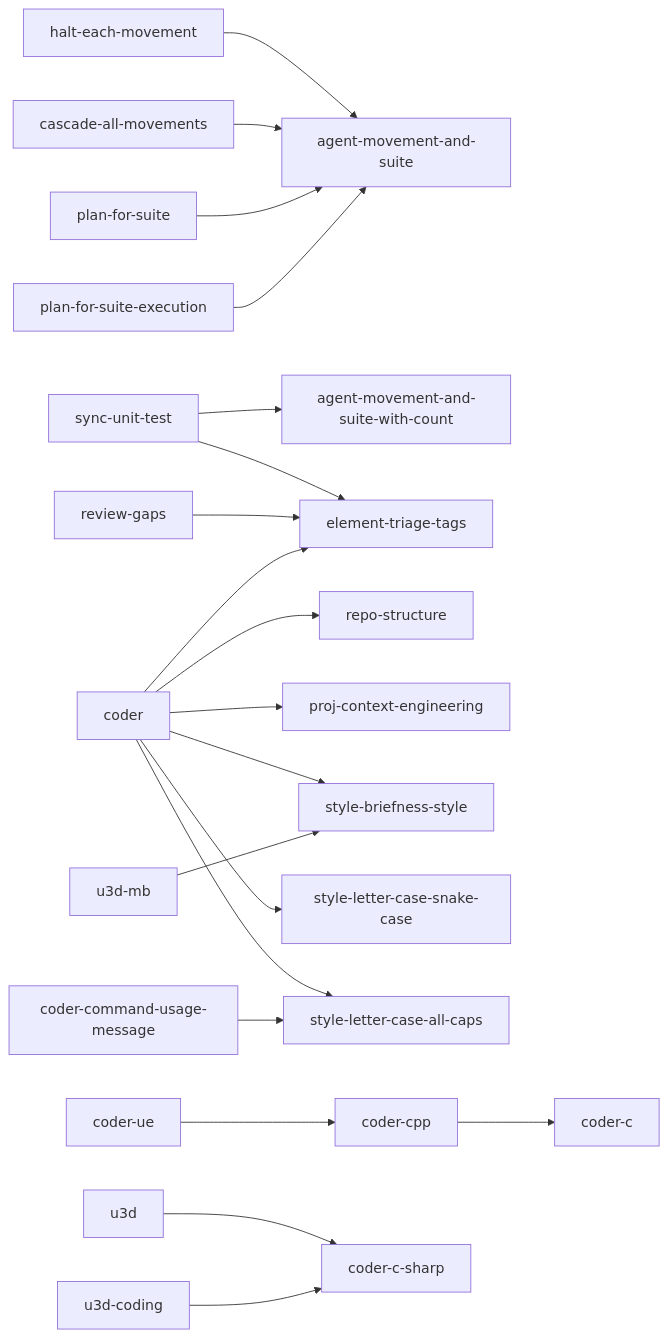
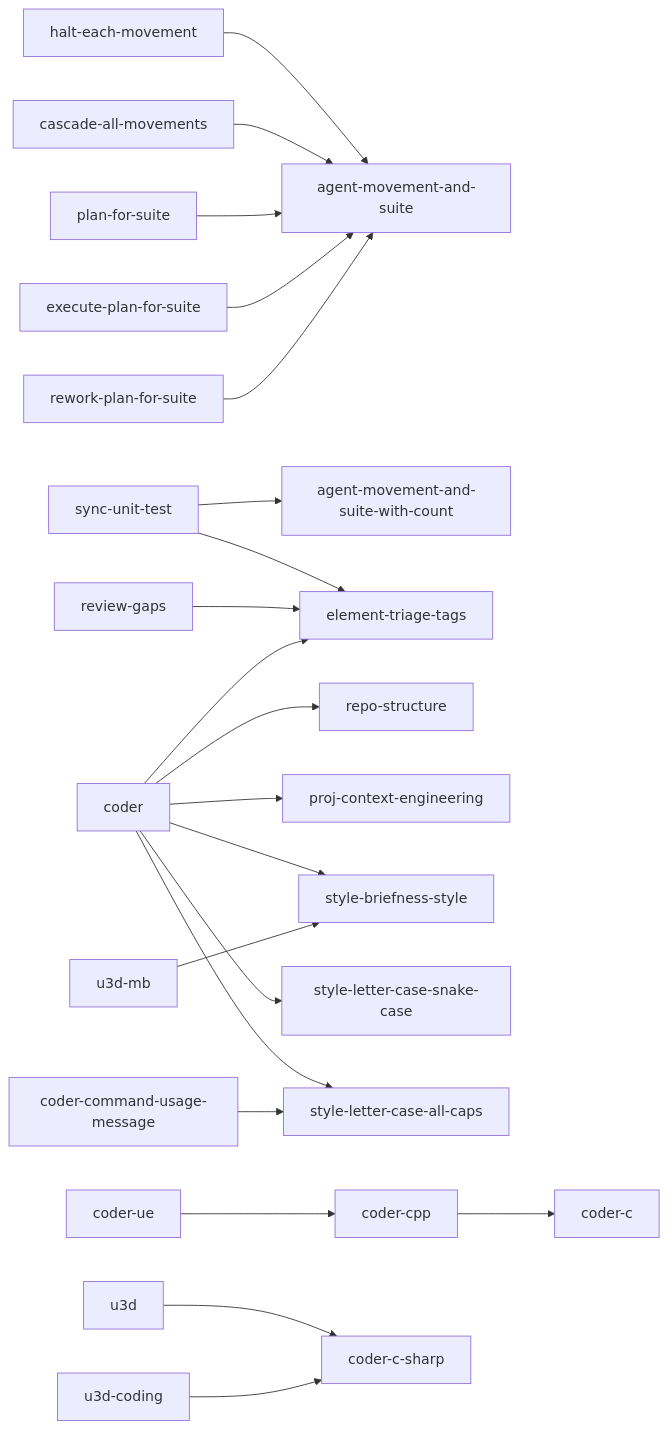
The first of 7 diagrams in docs/blueprint-doc.md (kami-lel/kaye-library), drawn with Mermaid before and after one commit. The commit also changed other lines of this file and 1 other file, not shown here.

Commit message:
update blueprint graphs, context for execute and rework skills
📖`blueprint-doc.md` rename execute node, add rework node and edge
🤖`CONTEXT.md` name Execution, Rework sections in Coder row

````diff
--- a/docs/blueprint-doc.md
+++ b/docs/blueprint-doc.md
@@ -11,22 +11,23 @@
 ```mermaid
 flowchart LR
     halt_each_movement["halt-each-movement"] --> agent_movement_and_suite["agent-movement-and-suite"]
     cascade_all_movements["cascade-all-movements"] --> agent_movement_and_suite
     plan_for_suite["plan-for-suite"] --> agent_movement_and_suite
-    plan_for_suite_execution["plan-for-suite-execution"] --> agent_movement_and_suite
+    execute_plan_for_suite["execute-plan-for-suite"] --> agent_movement_and_suite
+    rework_plan_for_suite["rework-plan-for-suite"] --> agent_movement_and_suite
     sync_unit_test["sync-unit-test"] --> agent_movement_and_suite_with_count["agent-movement-and-suite-with-count"]
     sync_unit_test --> element_triage_tags["element-triage-tags"]
     review_gaps["review-gaps"] --> element_triage_tags
     coder --> element_triage_tags
     coder --> repo_structure["repo-structure"]
     coder --> proj_context_engineering["proj-context-engineering"]
     coder --> style_briefness_style["style-briefness-style"]
     coder --> style_letter_case_snake_case["style-letter-case-snake-case"]
     coder --> style_letter_case_all_caps["style-letter-case-all-caps"]
     coder_command_usage_message["coder-command-usage-message"] --> style_letter_case_all_caps
     coder_cpp["coder-cpp"] --> coder_c["coder-c"]
     coder_ue["coder-ue"] --> coder_cpp
     u3d --> coder_c_sharp["coder-c-sharp"]
     u3d_coding["u3d-coding"] --> coder_c_sharp
     u3d_mb["u3d-mb"] --> style_briefness_style
 ```
````
